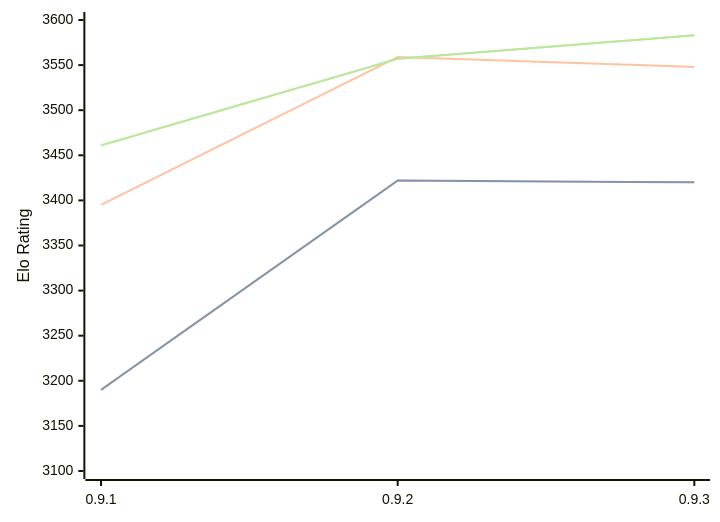
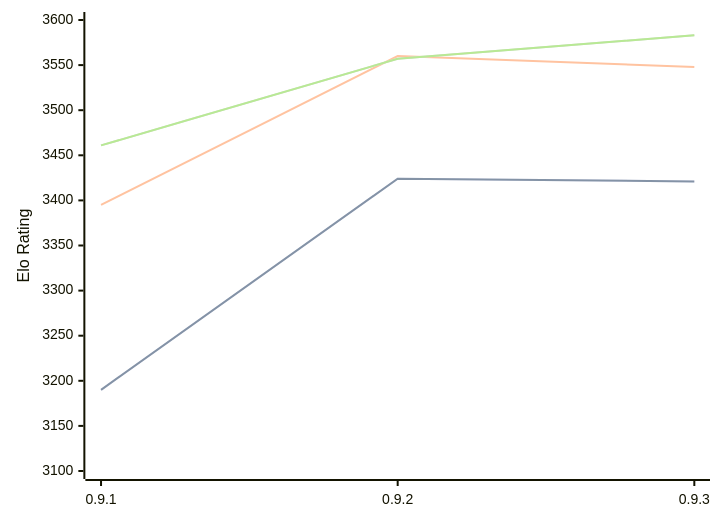
One commit to computer-chess-index/cci changed the diagram in engines/Coda.md. Above: the diagram before and after it, drawn with Mermaid. The commit also changed other lines of this file, not shown here.

````diff
--- a/engines/Coda.md
+++ b/engines/Coda.md
@@ -33,11 +33,11 @@
 ```mermaid
 %%{init: {"theme":"base","themeVariables":{"seriesColors:['#a3a3a3','#222221','#faa371']}}}%%
 xychart-beta
   x-axis ["0.9.1", "0.9.2", "0.9.3"]
   y-axis "Elo Rating" 3100 --> 3600
-  line "STC (8.0+0.08s)" [3190, 3422, 3420]
-  line "STC (8.0+0.08s)" [3190, 3422, 3420]
-  line "LTC (60.0+0.60s)" [3395, 3559, 3548]
+  line "STC (8.0+0.08s)" [3190, 3424, 3421]
+  line "STC (8.0+0.08s)" [3190, 3424, 3421]
+  line "LTC (60.0+0.60s)" [3395, 3560, 3548]
   line "VLTC (2m24s+1.12s)" [3461, 3557, 3583]
   line "VLTC (2m24s+1.12s)" [3461, 3557, 3583]
 ```
````
